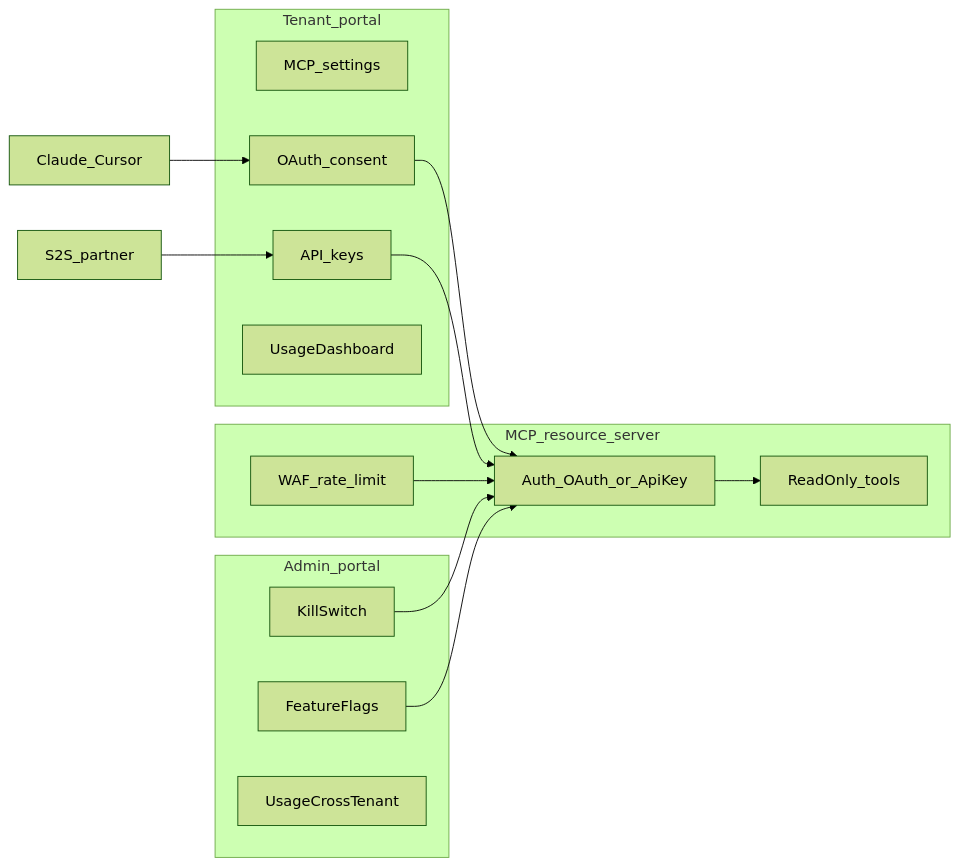
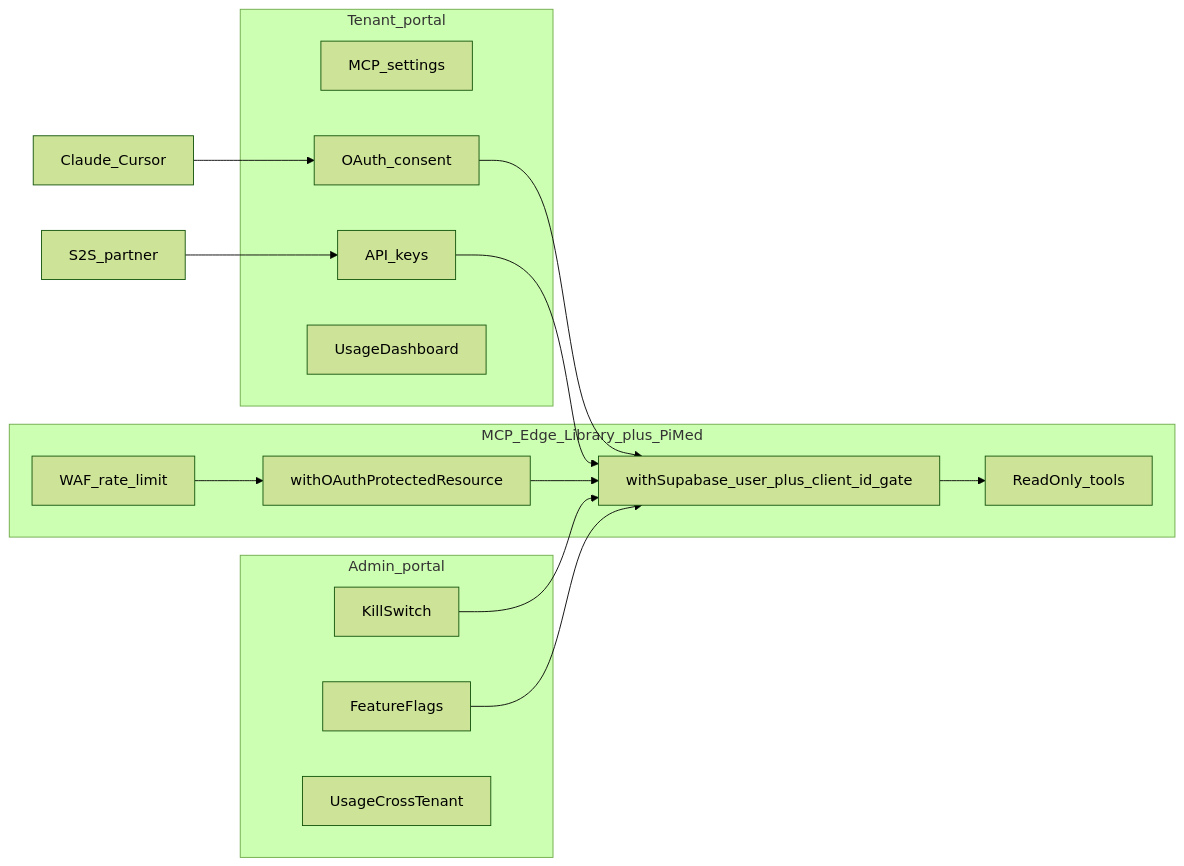
Before and after one commit to jordidevops/pimed-app: the diagram in docs/plans/mcp_server/README.md, drawn with Mermaid (forest theme). The commit also changed other lines of this file and 75 other files, not shown here.

````diff
--- a/docs/plans/mcp_server/README.md
+++ b/docs/plans/mcp_server/README.md
@@ -30,26 +31,27 @@
 ```mermaid
 flowchart LR
   subgraph platform [Admin_portal]
     Kill[KillSwitch]
     Flags[FeatureFlags]
     UsageAdmin[UsageCrossTenant]
   end
   subgraph tenant [Tenant_portal]
     Settings[MCP_settings]
     Consent[OAuth_consent]
     Keys[API_keys]
     UsageTenant[UsageDashboard]
   end
-  subgraph runtime [MCP_resource_server]
+  subgraph runtime [MCP_Edge_Library_plus_PiMed]
     WAF[WAF_rate_limit]
-    Auth[Auth_OAuth_or_ApiKey]
+    PRM[withOAuthProtectedResource]
+    Auth[withSupabase_user_plus_client_id_gate]
     Tools[ReadOnly_tools]
   end
   AgentHuman[Claude_Cursor] --> Consent
   Consent --> Auth
   Partner[S2S_partner] --> Keys
   Keys --> Auth
-  WAF --> Auth --> Tools
+  WAF --> PRM --> Auth --> Tools
   Kill --> Auth
   Flags --> Auth
 ```
````
